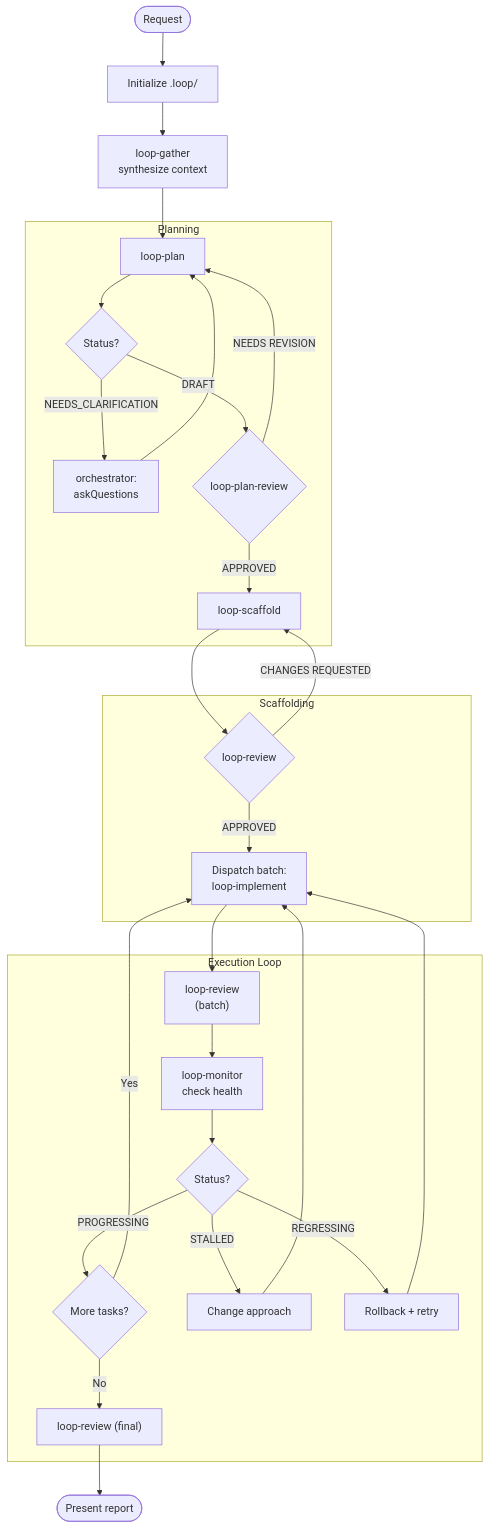
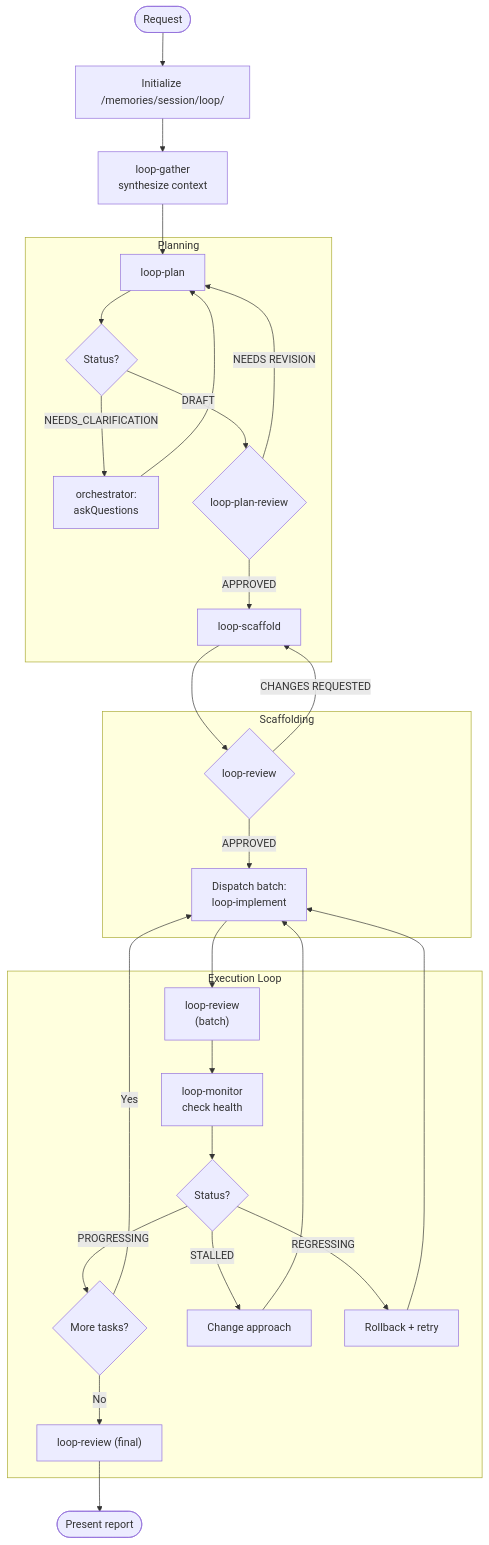
The diagram in loop.agent.md (digitarald/loop-agent), drawn with Mermaid before and after one commit. The commit also changed other lines of this file and 9 other files, not shown here.

Commit message:
docs: align README thesis with actual agent flow, add visual verification and model tier routing

````diff
--- a/loop.agent.md
+++ b/loop.agent.md
@@ -67,36 +67,36 @@
 ```mermaid
 flowchart TD
     Start([Request]) --> Init
-    Init["Initialize .loop/"] --> Gather
+    Init["Initialize /memories/session/loop/"] --> Gather
     Gather["loop-gather<br/>synthesize context"] --> Plan
     
     subgraph Planning
         Plan["loop-plan"] --> PlanStatus{Status?}
         PlanStatus -->|NEEDS_CLARIFICATION| AskUser["orchestrator:<br/>askQuestions"]
         AskUser --> Plan
         PlanStatus -->|DRAFT| Review{"loop-plan-review"}
         Review -->|NEEDS REVISION| Plan
         Review -->|APPROVED| Scaffold
     end
     
     subgraph Scaffolding
         Scaffold["loop-scaffold"] --> ScaffoldReview{"loop-review"}
         ScaffoldReview -->|CHANGES REQUESTED| Scaffold
         ScaffoldReview -->|APPROVED| Execute
     end
     
     subgraph Execution ["Execution Loop"]
         Execute["Dispatch batch:<br/>loop-implement"] --> BatchReview
         BatchReview["loop-review<br/>(batch)"] --> Monitor
         Monitor["loop-monitor<br/>check health"] --> Status{Status?}
         Status -->|PROGRESSING| MoreTasks{More tasks?}
         Status -->|STALLED| Recover["Change approach"]
         Status -->|REGRESSING| Rollback["Rollback + retry"]
         Recover --> Execute
         Rollback --> Execute
         MoreTasks -->|Yes| Execute
         MoreTasks -->|No| Final
     end
     
     Final["loop-review (final)"] --> Report([Present report])
 ```
````
